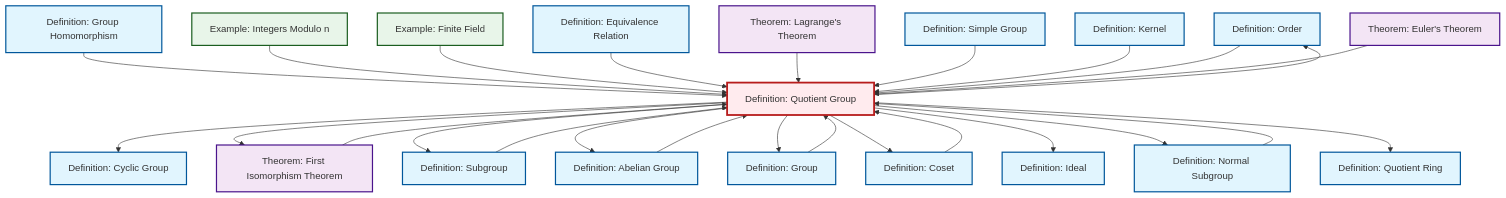
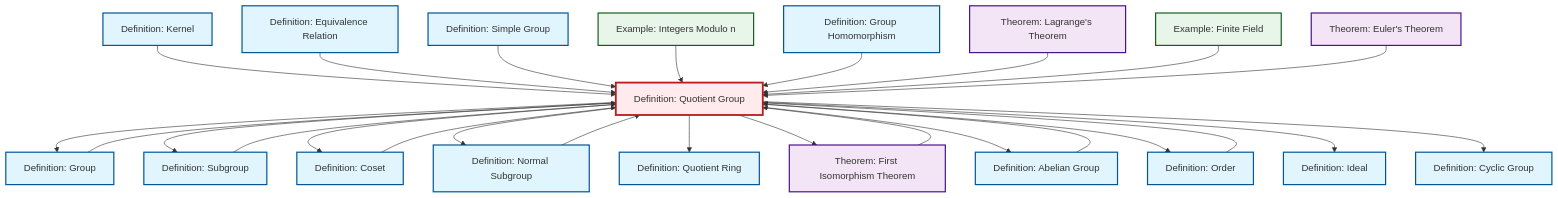
Before and after one commit to RK0429/ModernMath: the diagram in content/ja/algebra/def-quotient-group.qmd, drawn with Mermaid. The commit also changed other lines of this file and 619 other files, not shown here.

````diff
--- a/content/ja/algebra/def-quotient-group.qmd
+++ b/content/ja/algebra/def-quotient-group.qmd
@@ -147,72 +147,72 @@
 ```{mermaid}
 %%| fig-cap: "Local dependency graph"
 graph TD
     classDef definition fill:#e1f5fe,stroke:#01579b,stroke-width:2px
     classDef theorem fill:#f3e5f5,stroke:#4a148c,stroke-width:2px
     classDef axiom fill:#fff3e0,stroke:#e65100,stroke-width:2px
     classDef example fill:#e8f5e9,stroke:#1b5e20,stroke-width:2px
     classDef current fill:#ffebee,stroke:#b71c1c,stroke-width:3px
-    def-order["Definition: Order"]:::definition
-    ex-quotient-integers-mod-n["Example: Integers Modulo n"]:::example
     def-ideal["Definition: Ideal"]:::definition
-    def-kernel["Definition: Kernel"]:::definition
-    def-normal-subgroup["Definition: Normal Subgroup"]:::definition
-    thm-first-isomorphism["Theorem: First Isomorphism Theorem"]:::theorem
-    def-subgroup["Definition: Subgroup"]:::definition
-    def-cyclic-group["Definition: Cyclic Group"]:::definition
-    def-homomorphism["Definition: Group Homomorphism"]:::definition
+    thm-euler["Theorem: Euler's Theorem"]:::theorem
     def-equivalence-relation["Definition: Equivalence Relation"]:::definition
     def-quotient-ring["Definition: Quotient Ring"]:::definition
+    def-normal-subgroup["Definition: Normal Subgroup"]:::definition
+    ex-finite-field["Example: Finite Field"]:::example
+    def-cyclic-group["Definition: Cyclic Group"]:::definition
+    def-subgroup["Definition: Subgroup"]:::definition
+    ex-quotient-integers-mod-n["Example: Integers Modulo n"]:::example
+    def-simple-group["Definition: Simple Group"]:::definition
+    def-order["Definition: Order"]:::definition
+    def-abelian-group["Definition: Abelian Group"]:::definition
+    thm-lagrange["Theorem: Lagrange's Theorem"]:::theorem
     def-group["Definition: Group"]:::definition
-    ex-finite-field["Example: Finite Field"]:::example
-    thm-lagrange["Theorem: Lagrange's Theorem"]:::theorem
+    def-kernel["Definition: Kernel"]:::definition
+    thm-first-isomorphism["Theorem: First Isomorphism Theorem"]:::theorem
+    def-quotient-group["Definition: Quotient Group"]:::definition
     def-coset["Definition: Coset"]:::definition
-    def-quotient-group["Definition: Quotient Group"]:::definition
-    def-simple-group["Definition: Simple Group"]:::definition
-    thm-euler["Theorem: Euler's Theorem"]:::theorem
-    def-abelian-group["Definition: Abelian Group"]:::definition
+    def-homomorphism["Definition: Group Homomorphism"]:::definition
+    thm-first-isomorphism --> def-quotient-group
+    def-kernel --> def-quotient-group
+    def-equivalence-relation --> def-quotient-group
+    def-quotient-group --> def-group
+    def-simple-group --> def-quotient-group
+    ex-quotient-integers-mod-n --> def-quotient-group
+    def-abelian-group --> def-quotient-group
+    def-quotient-group --> def-subgroup
+    def-quotient-group --> def-coset
+    def-normal-subgroup --> def-quotient-group
+    def-quotient-group --> def-normal-subgroup
+    def-group --> def-quotient-group
     def-homomorphism --> def-quotient-group
-    def-normal-subgroup --> def-quotient-group
-    ex-quotient-integers-mod-n --> def-quotient-group
-    def-quotient-group --> def-cyclic-group
+    thm-lagrange --> def-quotient-group
     ex-finite-field --> def-quotient-group
-    def-quotient-group --> def-order
-    thm-first-isomorphism --> def-quotient-group
-    def-quotient-group --> thm-first-isomorphism
-    def-quotient-group --> def-subgroup
-    def-equivalence-relation --> def-quotient-group
-    thm-lagrange --> def-quotient-group
-    def-simple-group --> def-quotient-group
-    def-quotient-group --> def-abelian-group
-    def-kernel --> def-quotient-group
-    def-quotient-group --> def-group
-    def-quotient-group --> def-coset
     def-subgroup --> def-quotient-group
     def-order --> def-quotient-group
+    def-quotient-group --> def-quotient-ring
+    def-quotient-group --> thm-first-isomorphism
+    def-quotient-group --> def-abelian-group
+    def-quotient-group --> def-order
+    def-coset --> def-quotient-group
     def-quotient-group --> def-ideal
-    def-quotient-group --> def-normal-subgroup
-    def-group --> def-quotient-group
-    def-abelian-group --> def-quotient-group
-    def-quotient-group --> def-quotient-ring
-    def-coset --> def-quotient-group
     thm-euler --> def-quotient-group
+    def-quotient-group --> def-cyclic-group
     class def-quotient-group current
-    click def-order "def-order.html" "Definition: Orderへ"
-    click ex-quotient-integers-mod-n "ex-quotient-integers-mod-n.html" "Example: Integers Modulo nへ"
     click def-ideal "def-ideal.html" "Definition: Idealへ"
-    click def-kernel "def-kernel.html" "Definition: Kernelへ"
-    click def-normal-subgroup "def-normal-subgroup.html" "Definition: Normal Subgroupへ"
-    click thm-first-isomorphism "thm-first-isomorphism.html" "Theorem: First Isomorphism Theoremへ"
-    click def-subgroup "def-subgroup.html" "Definition: Subgroupへ"
-    click def-cyclic-group "def-cyclic-group.html" "Definition: Cyclic Groupへ"
-    click def-homomorphism "def-homomorphism.html" "Definition: Group Homomorphismへ"
+    click thm-euler "thm-euler.html" "Theorem: Euler's Theoremへ"
     click def-equivalence-relation "def-equivalence-relation.html" "Definition: Equivalence Relationへ"
     click def-quotient-ring "def-quotient-ring.html" "Definition: Quotient Ringへ"
+    click def-normal-subgroup "def-normal-subgroup.html" "Definition: Normal Subgroupへ"
+    click ex-finite-field "ex-finite-field.html" "Example: Finite Fieldへ"
+    click def-cyclic-group "def-cyclic-group.html" "Definition: Cyclic Groupへ"
+    click def-subgroup "def-subgroup.html" "Definition: Subgroupへ"
+    click ex-quotient-integers-mod-n "ex-quotient-integers-mod-n.html" "Example: Integers Modulo nへ"
+    click def-simple-group "def-simple-group.html" "Definition: Simple Groupへ"
+    click def-order "def-order.html" "Definition: Orderへ"
+    click def-abelian-group "def-abelian-group.html" "Definition: Abelian Groupへ"
+    click thm-lagrange "thm-lagrange.html" "Theorem: Lagrange's Theoremへ"
     click def-group "def-group.html" "Definition: Groupへ"
-    click ex-finite-field "ex-finite-field.html" "Example: Finite Fieldへ"
-    click thm-lagrange "thm-lagrange.html" "Theorem: Lagrange's Theoremへ"
+    click def-kernel "def-kernel.html" "Definition: Kernelへ"
+    click thm-first-isomorphism "thm-first-isomorphism.html" "Theorem: First Isomorphism Theoremへ"
     click def-coset "def-coset.html" "Definition: Cosetへ"
-    click def-simple-group "def-simple-group.html" "Definition: Simple Groupへ"
-    click thm-euler "thm-euler.html" "Theorem: Euler's Theoremへ"
-    click def-abelian-group "def-abelian-group.html" "Definition: Abelian Groupへ"
+    click def-homomorphism "def-homomorphism.html" "Definition: Group Homomorphismへ"
 ```
````
